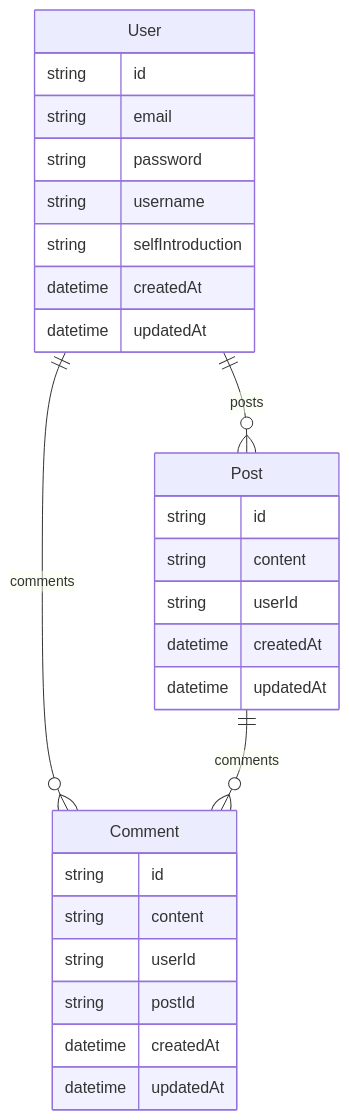
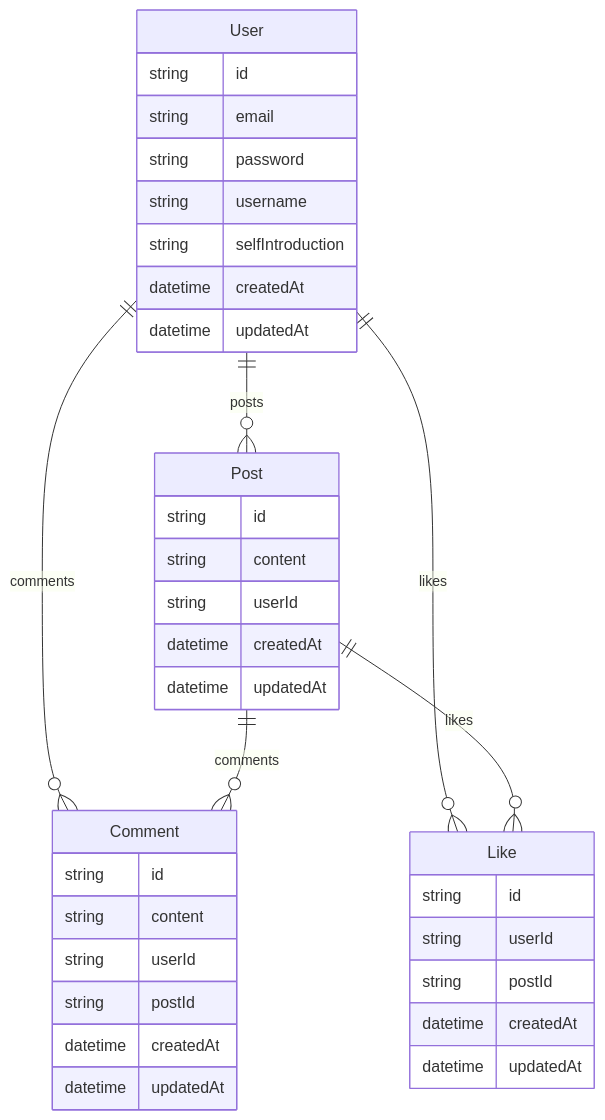
Before and after one commit to Naoya-abe/back-rest-sns: the diagram in er-diagram.md, drawn with Mermaid. The commit also changed 11 other files, not shown here.

````diff
--- a/er-diagram.md
+++ b/er-diagram.md
@@ -1,30 +1,39 @@
 ```mermaid
 erDiagram
   User ||--o{ Post : posts
   User ||--o{ Comment : comments
+  User ||--o{ Like : likes
   Post ||--o{ Comment : comments
+  Post ||--o{ Like : likes
   User {
     string id
     string email
     string password
     string username
     string selfIntroduction
     datetime createdAt
     datetime updatedAt
   }
   Post {
     string id
     string content
     string userId
     datetime createdAt
     datetime updatedAt
   }
   Comment {
     string id
     string content
     string userId
     string postId
     datetime createdAt
     datetime updatedAt
   }
+  Like {
+    string id
+    string userId
+    string postId
+    datetime createdAt
+    datetime updatedAt
+  }
 ```
````
